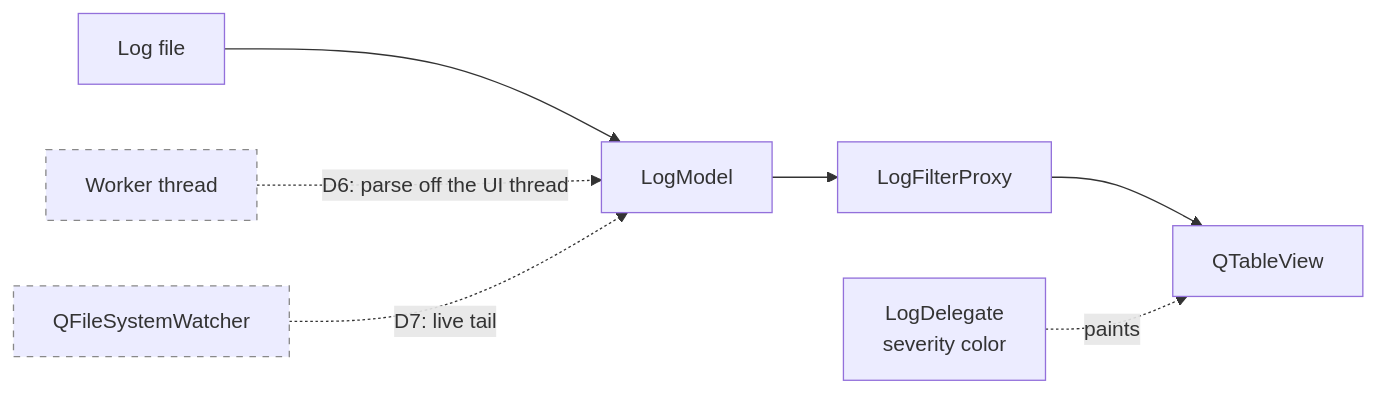
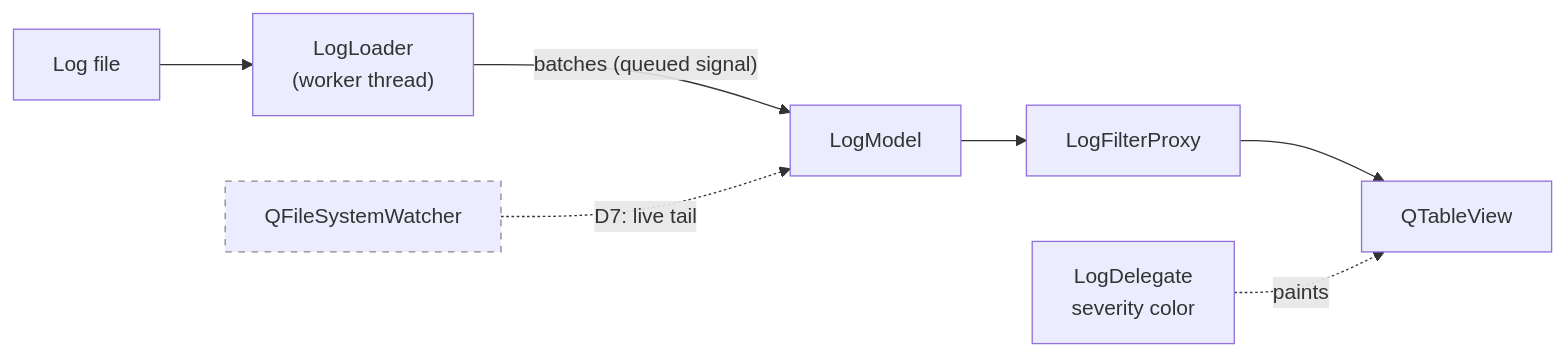
The third of 3 diagrams in README.md (MvpBruce/LogLens), drawn with Mermaid before and after one commit. The commit also changed other lines of this file and 10 other files, not shown here.

````diff
--- a/README.md
+++ b/README.md
@@ -124,15 +132,13 @@
 ```mermaid
 flowchart LR
-    F[Log file] --> M[LogModel]
+    F[Log file] --> L["LogLoader<br/>(worker thread)"]
+    L -- "batches (queued signal)" --> M[LogModel]
     M --> P[LogFilterProxy]
     P --> V[QTableView]
     D[LogDelegate<br/>severity color] -. paints .-> V
 
-    W[Worker thread]:::planned
     FW[QFileSystemWatcher]:::planned
-
-    W -. "D6: parse off the UI thread" .-> M
     FW -. "D7: live tail" .-> M
 
     classDef planned stroke-dasharray: 5 5,stroke:#888;
 ```
````
